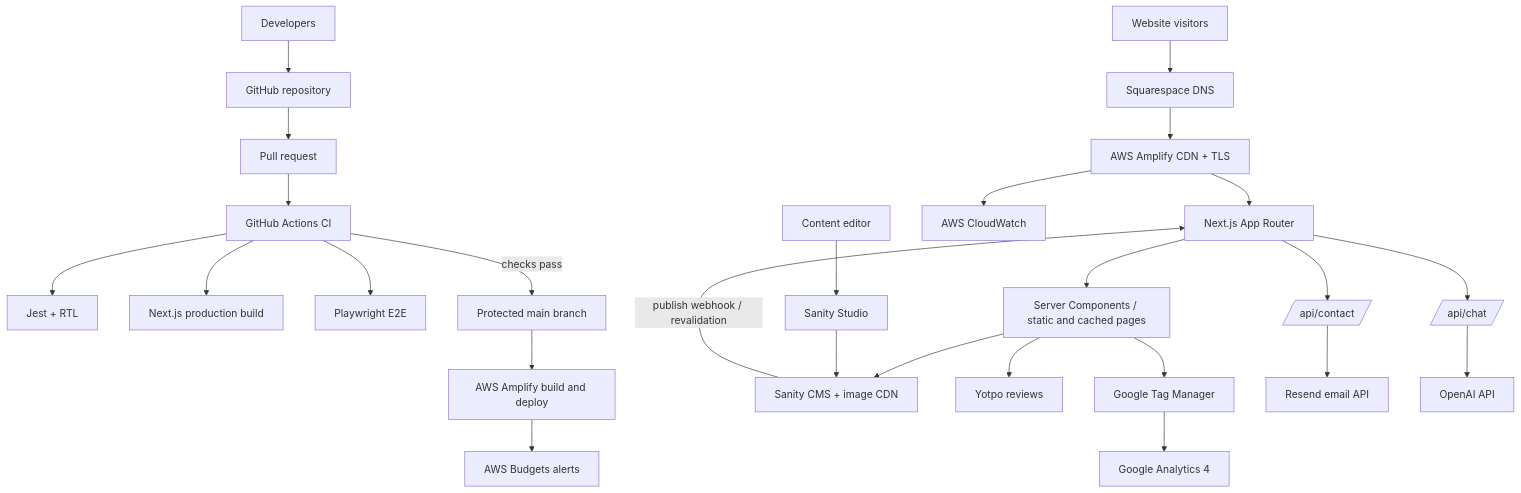
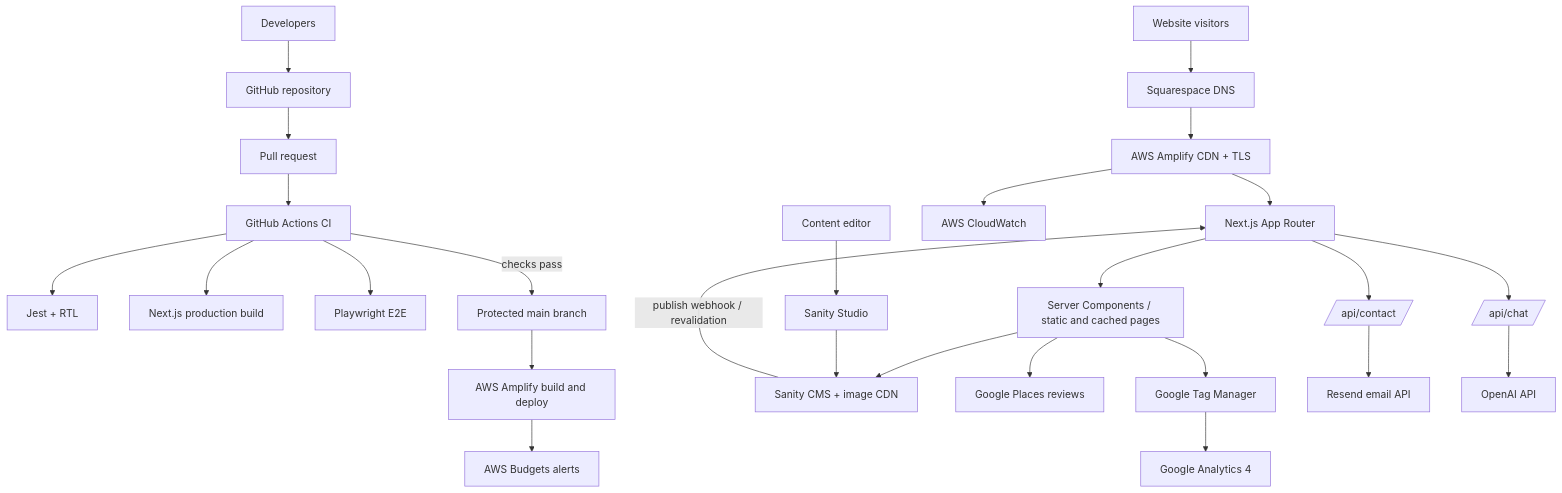
Before and after one commit to judebaptista18/zerodroplet-website: the diagram in ARCHITECTURE.md, drawn with Mermaid. The commit also changed other lines of this file and 18 other files, not shown here.

````diff
--- a/ARCHITECTURE.md
+++ b/ARCHITECTURE.md
@@ -17,34 +17,34 @@
 ```mermaid
 flowchart TB
     DEV[Developers] --> GIT[GitHub repository]
     GIT --> PR[Pull request]
     PR --> CI[GitHub Actions CI]
     CI --> UNIT[Jest + RTL]
     CI --> BUILD[Next.js production build]
     CI --> E2E[Playwright E2E]
     CI -->|checks pass| MAIN[Protected main branch]
     MAIN --> AMP[AWS Amplify build and deploy]
 
     USER[Website visitors] --> DNS[Squarespace DNS]
     DNS --> EDGE[AWS Amplify CDN + TLS]
     EDGE --> NEXT[Next.js App Router]
 
     NEXT --> PAGES[Server Components / static and cached pages]
     NEXT --> CONTACT[/api/contact/]
     NEXT --> CHAT[/api/chat/]
 
     PAGES --> SANITY[Sanity CMS + image CDN]
-    PAGES --> YOTPO[Yotpo reviews]
+    PAGES --> REVIEWS[Google Places reviews]
     PAGES --> GTM[Google Tag Manager]
     GTM --> GA4[Google Analytics 4]
 
     CONTACT --> RESEND[Resend email API]
     CHAT --> OPENAI[OpenAI API]
 
     EDGE --> CW[AWS CloudWatch]
     AMP --> BUDGET[AWS Budgets alerts]
 
     EDITOR[Content editor] --> STUDIO[Sanity Studio]
     STUDIO --> SANITY
     SANITY -->|publish webhook / revalidation| NEXT
 ```
````
